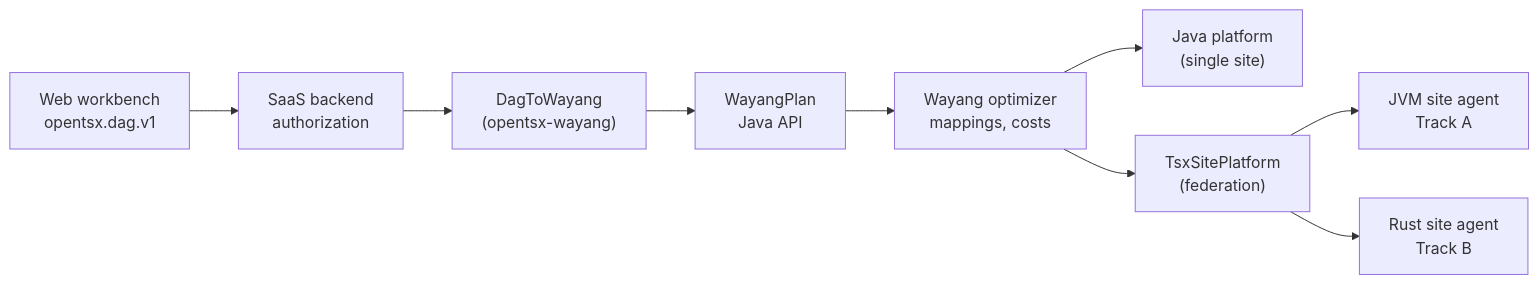
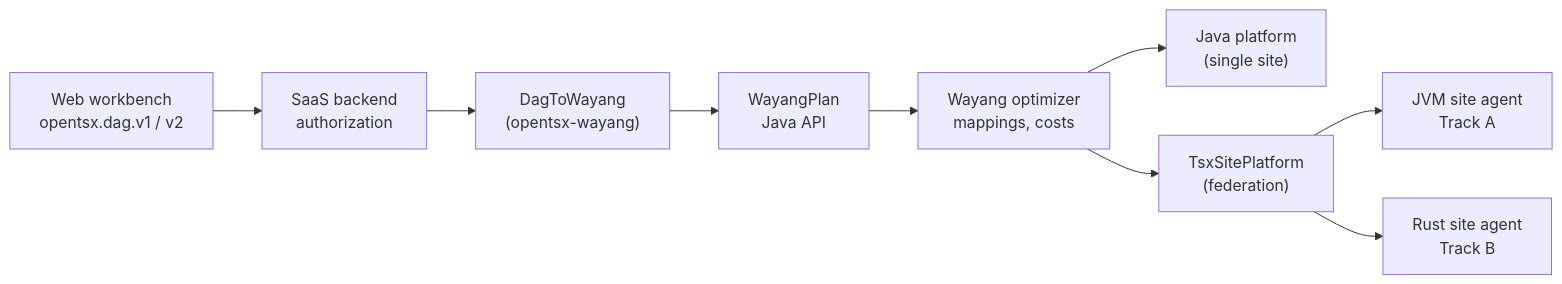
Before and after one commit to kamir/OpenTSx: the first of 2 diagrams in docs/datamodel-2026/20-WAYANG-TS-OPERATORS.md, drawn with Mermaid. The commit also changed other lines of this file and 11 other files, not shown here.

````diff
--- a/docs/datamodel-2026/20-WAYANG-TS-OPERATORS.md
+++ b/docs/datamodel-2026/20-WAYANG-TS-OPERATORS.md
@@ -225,11 +243,11 @@
 ```mermaid
 flowchart LR
-  WB["Web workbench<br/>opentsx.dag.v1"] --> BE["SaaS backend<br/>authorization"]
+  WB["Web workbench<br/>opentsx.dag.v1 / v2"] --> BE["SaaS backend<br/>authorization"]
   BE --> TR["DagToWayang<br/>(opentsx-wayang)"]
   TR --> WP["WayangPlan<br/>Java API"]
   WP --> OPT["Wayang optimizer<br/>mappings, costs"]
   OPT --> LOCAL["Java platform<br/>(single site)"]
   OPT --> FED["TsxSitePlatform<br/>(federation)"]
   FED --> JA["JVM site agent<br/>Track A"]
   FED --> RA["Rust site agent<br/>Track B"]
 ```
````
